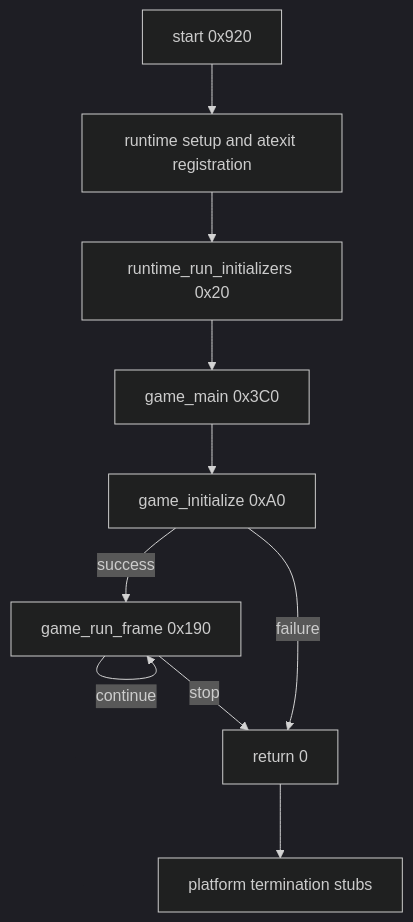
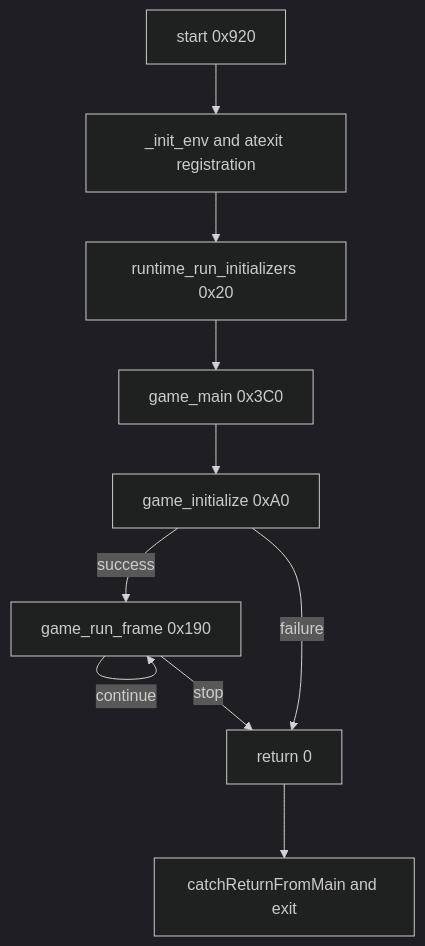
One commit to copeison/rb4-decomp changed the diagram in docs/startup.md. Above: the diagram before and after it, drawn with Mermaid (dark theme). The commit also changed other lines of this file and 17 other files, not shown here.

````diff
--- a/docs/startup.md
+++ b/docs/startup.md
@@ -7,12 +7,12 @@
 ```mermaid
 flowchart TD
-    A["start 0x920"] --> B["runtime setup and atexit registration"]
+    A["start 0x920"] --> B["_init_env and atexit registration"]
     B --> C["runtime_run_initializers 0x20"]
     C --> D["game_main 0x3C0"]
     D --> E["game_initialize 0xA0"]
     E -->|success| F["game_run_frame 0x190"]
     F -->|continue| F
     F -->|stop| G["return 0"]
     E -->|failure| G
-    G --> H["platform termination stubs"]
+    G --> H["catchReturnFromMain and exit"]
 ```
````
